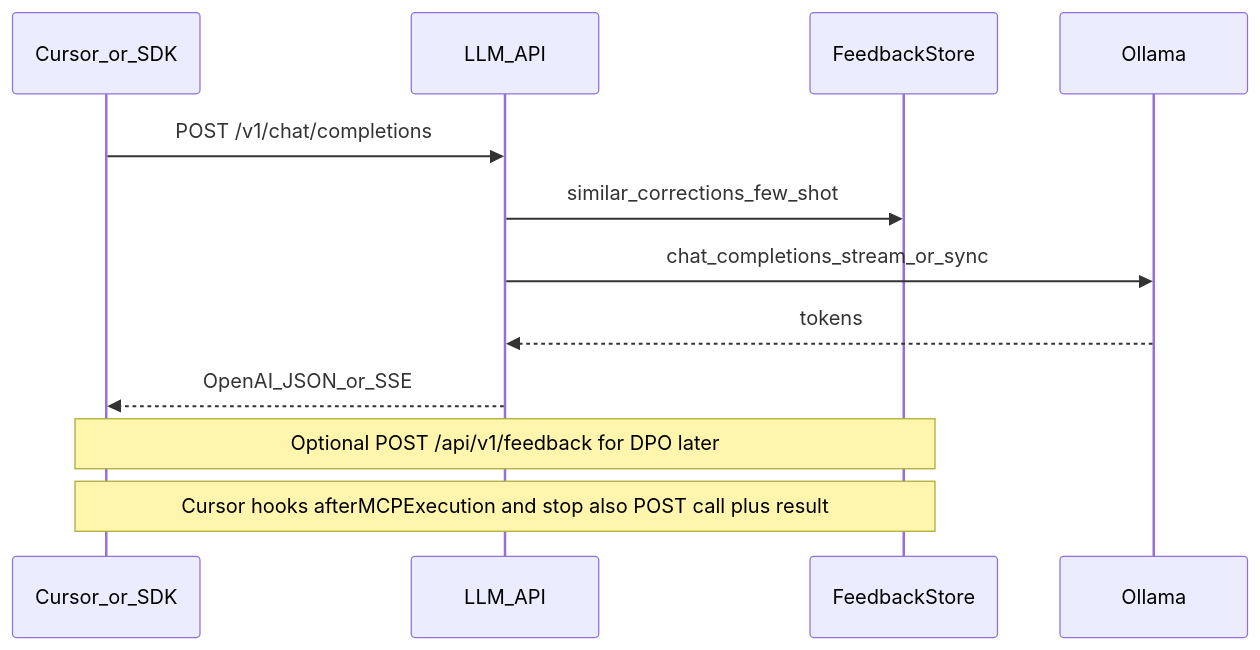
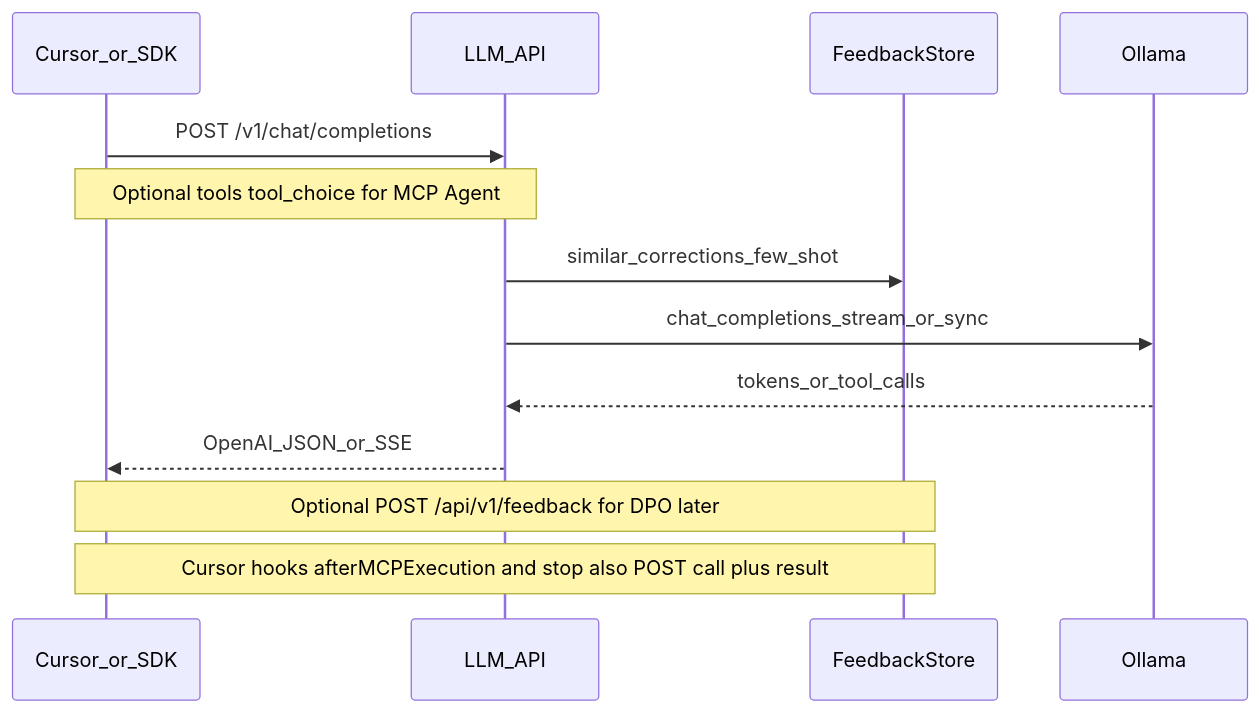
The third of 6 diagrams in docs/architecture/index.md (kadders/jarvis), drawn with Mermaid before and after one commit. The commit also changed other lines of this file and 35 other files, not shown here.

````diff
--- a/docs/architecture/index.md
+++ b/docs/architecture/index.md
@@ -115,14 +115,15 @@
 ```mermaid
 sequenceDiagram
   participant Cur as Cursor_or_SDK
   participant API as LLM_API
   participant FB as FeedbackStore
   participant O as Ollama
   Cur->>API: POST /v1/chat/completions
+  Note over Cur,API: Optional tools tool_choice for MCP Agent
   API->>FB: similar_corrections_few_shot
   API->>O: chat_completions_stream_or_sync
-  O-->>API: tokens
+  O-->>API: tokens_or_tool_calls
   API-->>Cur: OpenAI_JSON_or_SSE
   Note over Cur,FB: Optional POST /api/v1/feedback for DPO later
   Note over Cur,FB: Cursor hooks afterMCPExecution and stop also POST call plus result
 ```
````
